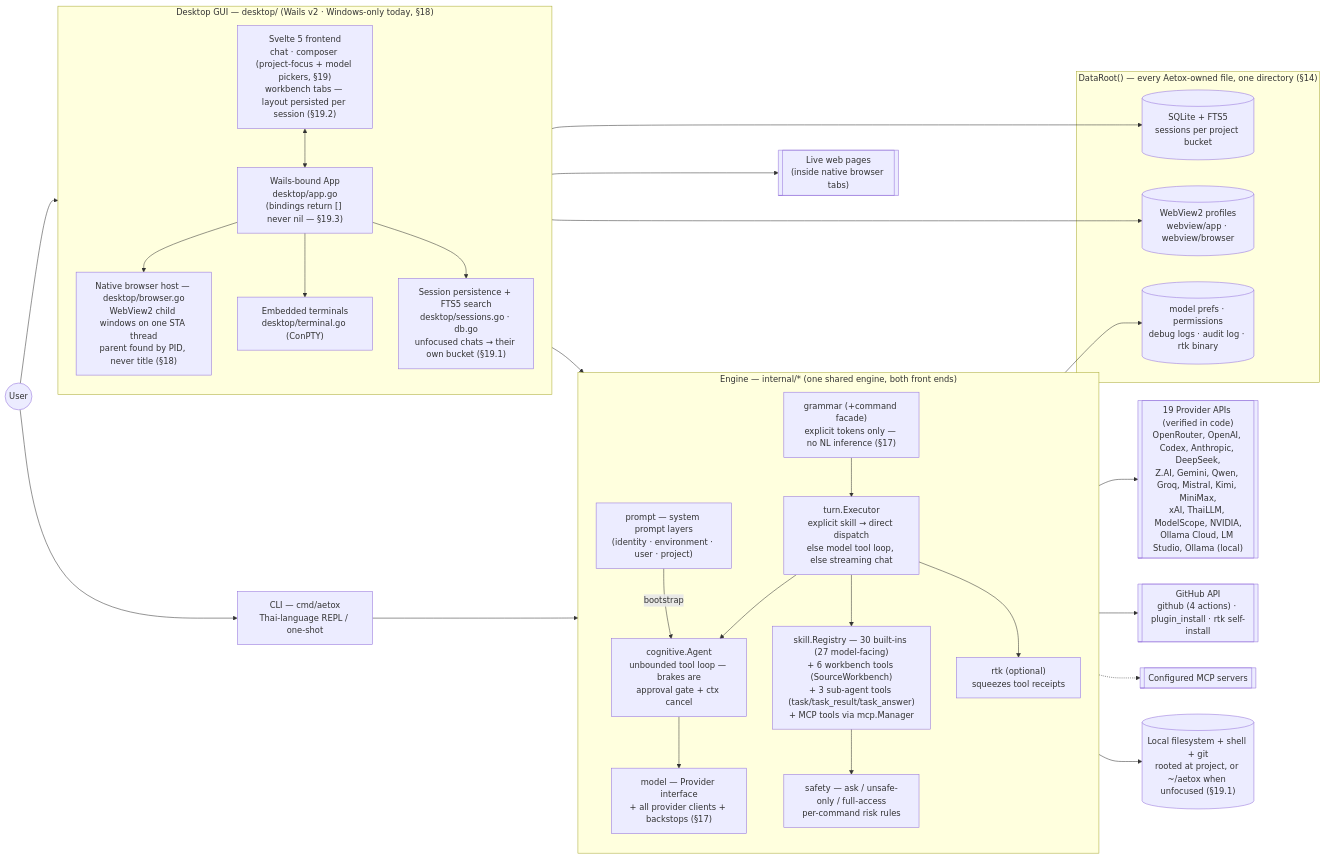
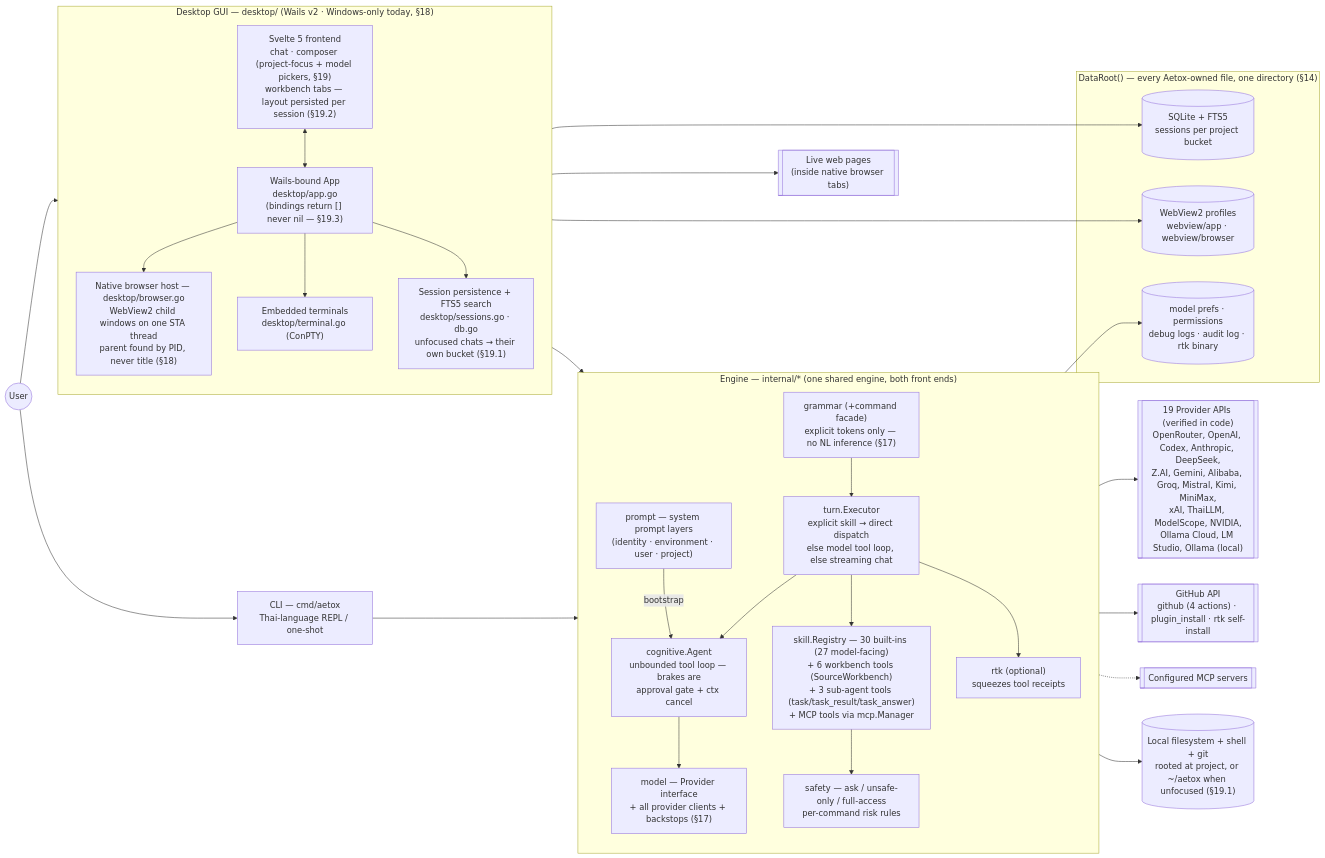
The first of 3 diagrams in ARCHITECTURE.md (Mike0165115321/Aetox), drawn with Mermaid before and after one commit. The commit also changed 13 other files, not shown here.

First line of the commit message:
fix(ผู้ให้บริการ): เปลี่ยนชื่อ qwen เป็น alibaba แก้ endpoint ผิดภูมิภาค เพิ่มคำใบ้เมื่อ 401

````diff
--- a/ARCHITECTURE.md
+++ b/ARCHITECTURE.md
@@ -91,64 +91,64 @@
 ```mermaid
 flowchart LR
     User(("User"))
     CLI["CLI — cmd/aetox\nThai-language REPL / one-shot"]
 
     subgraph DesktopApp["Desktop GUI — desktop/ (Wails v2 · Windows-only today, §18)"]
         direction TB
         FE["Svelte 5 frontend\nchat · composer (project-focus + model pickers, §19)\nworkbench tabs — layout persisted per session (§19.2)"]
         Bindings["Wails-bound App\ndesktop/app.go\n(bindings return [] never nil — §19.3)"]
         BrowserHost["Native browser host — desktop/browser.go\nWebView2 child windows on one STA thread\nparent found by PID, never title (§18)"]
         Term["Embedded terminals\ndesktop/terminal.go (ConPTY)"]
         Sessions["Session persistence + FTS5 search\ndesktop/sessions.go · db.go\nunfocused chats → their own bucket (§19.1)"]
         FE <--> Bindings
         Bindings --> BrowserHost
         Bindings --> Term
         Bindings --> Sessions
     end
 
     subgraph Engine["Engine — internal/* (one shared engine, both front ends)"]
         direction TB
         Grammar["grammar (+command facade)\nexplicit tokens only — no NL inference (§17)"]
         Turn["turn.Executor\nexplicit skill → direct dispatch\nelse model tool loop, else streaming chat"]
         Cog["cognitive.Agent\nunbounded tool loop — brakes are\napproval gate + ctx cancel"]
         Skills["skill.Registry — 30 built-ins (27 model-facing)\n+ 6 workbench tools (SourceWorkbench)\n+ 3 sub-agent tools (task/task_result/task_answer)\n+ MCP tools via mcp.Manager"]
         Safety["safety — ask / unsafe-only / full-access\nper-command risk rules"]
         Prompt["prompt — system prompt layers\n(identity · environment · user · project)"]
         RTK["rtk (optional)\nsqueezes tool receipts"]
         Model["model — Provider interface\n+ all provider clients + backstops (§17)"]
         Grammar --> Turn
         Turn --> Cog
         Cog --> Model
         Turn --> Skills
         Skills --> Safety
         Turn --> RTK
         Prompt -->|bootstrap| Cog
     end
 
     User --> FE
     User --> CLI
     CLI --> Engine
     Bindings --> Engine
 
-    Providers[["19 Provider APIs (verified in code)\nOpenRouter, OpenAI, Codex, Anthropic, DeepSeek,\nZ.AI, Gemini, Qwen, Groq, Mistral, Kimi, MiniMax,\nxAI, ThaiLLM, ModelScope, NVIDIA,\nOllama Cloud, LM Studio, Ollama (local)"]]
+    Providers[["19 Provider APIs (verified in code)\nOpenRouter, OpenAI, Codex, Anthropic, DeepSeek,\nZ.AI, Gemini, Alibaba, Groq, Mistral, Kimi, MiniMax,\nxAI, ThaiLLM, ModelScope, NVIDIA,\nOllama Cloud, LM Studio, Ollama (local)"]]
     GH[["GitHub API\ngithub (4 actions) · plugin_install · rtk self-install"]]
     MCPExt[["Configured MCP servers"]]
     Web[["Live web pages\n(inside native browser tabs)"]]
     FS[("Local filesystem + shell + git\nrooted at project, or ~/aetox when unfocused (§19.1)")]
 
     Model --> Providers
     Skills --> GH
     Skills --> FS
     Skills -.-> MCPExt
     BrowserHost --> Web
 
     subgraph Data["DataRoot() — every Aetox-owned file, one directory (§14)"]
         DB[("SQLite + FTS5\nsessions per project bucket")]
         Profiles[("WebView2 profiles\nwebview/app · webview/browser")]
         Misc[("model prefs · permissions\ndebug logs · audit log · rtk binary")]
     end
 
     Sessions --> DB
     BrowserHost --> Profiles
     Engine --> Misc
 ```
````
